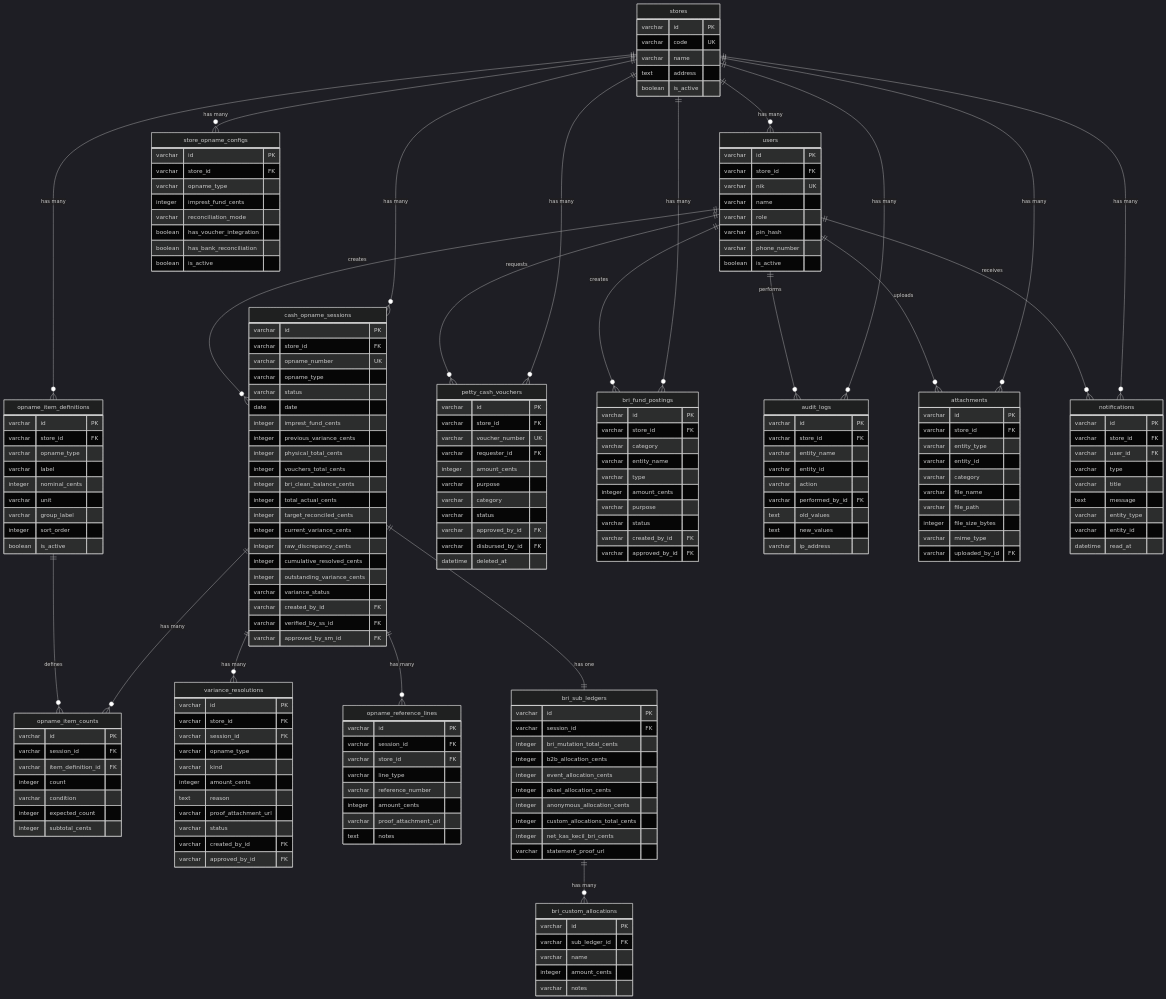
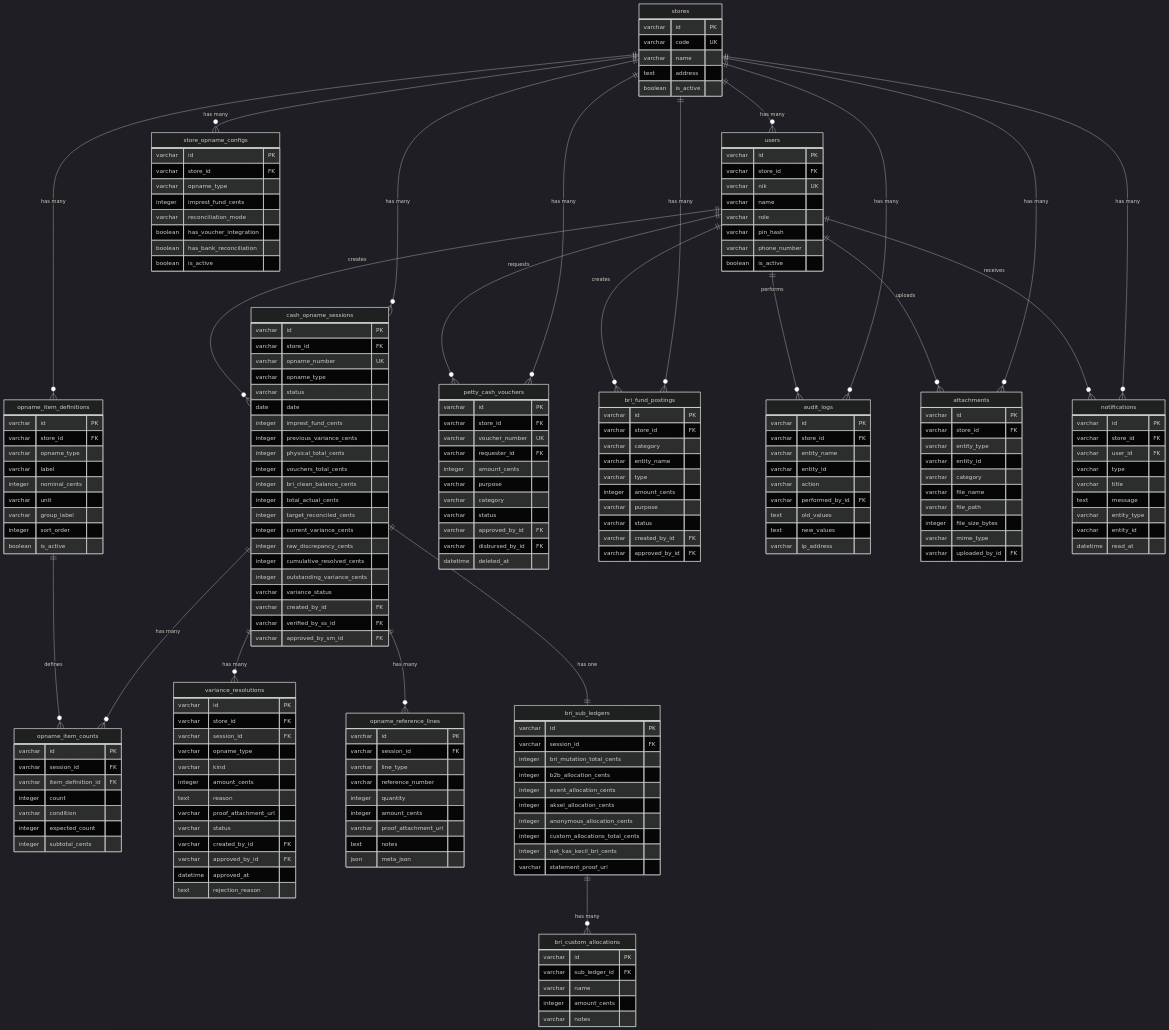
The diagram in docs/08-erd.md (bintangarama/GCOINS), drawn with Mermaid (dark theme) before and after one commit. The commit also changed other lines of this file and 127 other files, not shown here.

```diff
--- a/docs/08-erd.md
+++ b/docs/08-erd.md
@@ -108,17 +108,20 @@
         varchar status
         varchar created_by_id FK
         varchar approved_by_id FK
+        datetime approved_at
+        text rejection_reason
     }
 
     opname_reference_lines {
         varchar id PK
         varchar session_id FK
-        varchar store_id FK
         varchar line_type
         varchar reference_number
+        integer quantity
         integer amount_cents
         varchar proof_attachment_url
         text notes
+        json meta_json
     }
 
     opname_item_counts {
```
